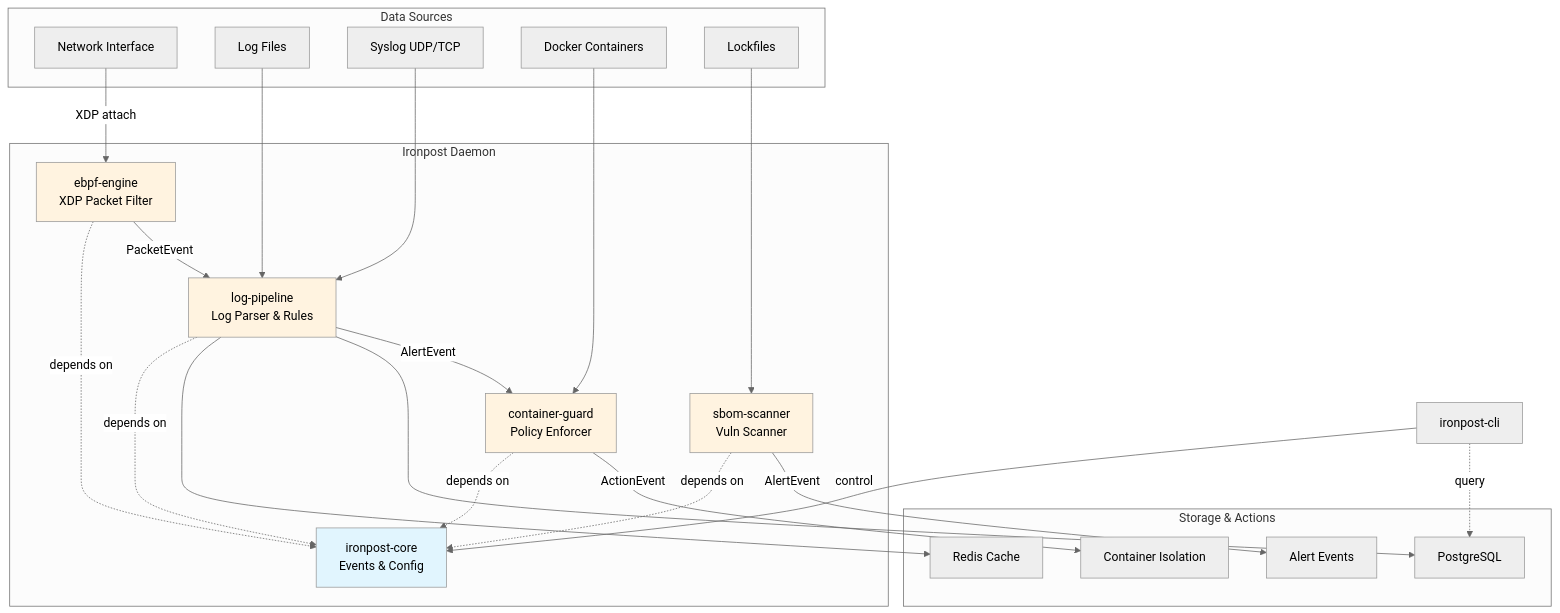
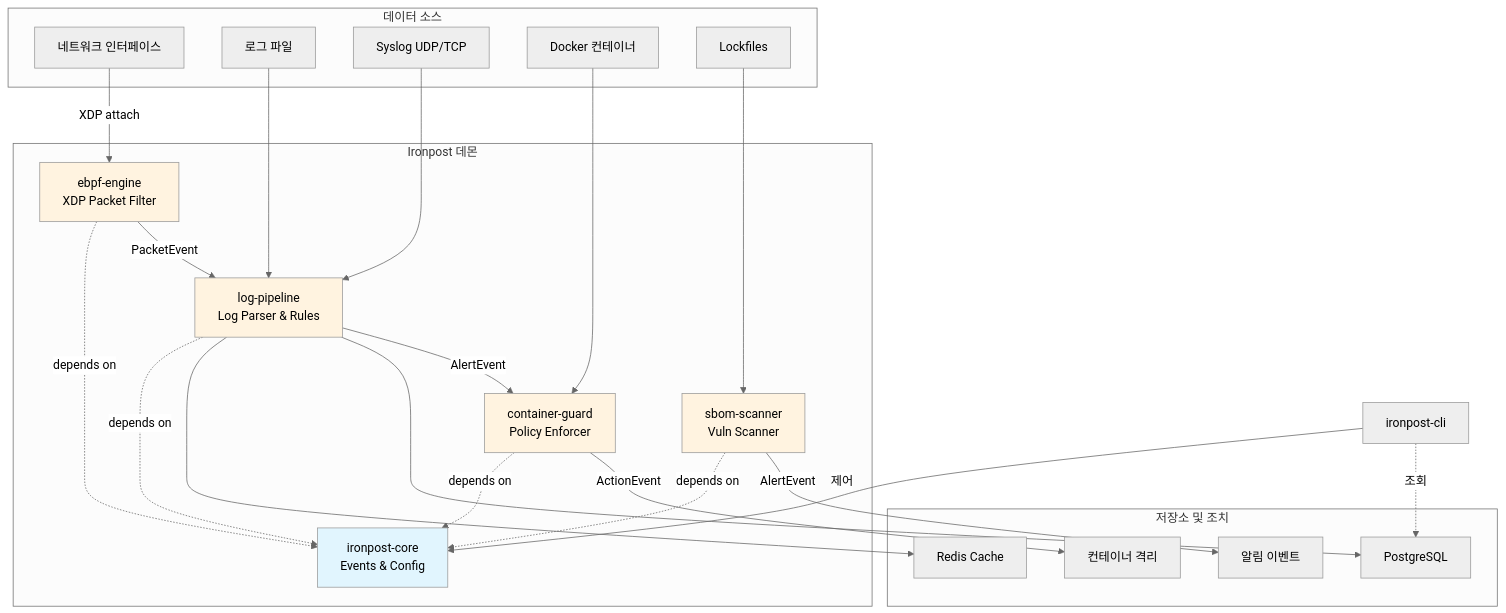
The diagram in README.md (dongwonkwak/ironpost), drawn with Mermaid (neutral theme) before and after one commit. The commit also changed other lines of this file and 1 other file, not shown here.

Commit message:
docs: Update Korean translations in README and plugin architecture documentation (#15)

````diff
--- a/README.md
+++ b/README.md
@@ -17,52 +17,52 @@
 ```mermaid
 flowchart TB
-    subgraph "Data Sources"
-        A1[Network Interface]
-        A2[Log Files]
+    subgraph "데이터 소스"
+        A1[네트워크 인터페이스]
+        A2[로그 파일]
         A3[Syslog UDP/TCP]
-        A4[Docker Containers]
+        A4[Docker 컨테이너]
         A5[Lockfiles]
     end
 
-    subgraph "Ironpost Daemon"
+    subgraph "Ironpost 데몬"
         B1[ebpf-engine<br/>XDP Packet Filter]
         B2[log-pipeline<br/>Log Parser & Rules]
         B3[container-guard<br/>Policy Enforcer]
         B4[sbom-scanner<br/>Vuln Scanner]
         CORE[ironpost-core<br/>Events & Config]
     end
 
-    subgraph "Storage & Actions"
+    subgraph "저장소 및 조치"
         C1[PostgreSQL]
         C2[Redis Cache]
-        C3[Container Isolation]
-        C4[Alert Events]
+        C3[컨테이너 격리]
+        C4[알림 이벤트]
     end
 
     A1 -->|XDP attach| B1
     A2 --> B2
     A3 --> B2
     A4 --> B3
     A5 --> B4
 
     B1 -->|PacketEvent| B2
     B2 -->|AlertEvent| B3
     B2 --> C1
     B2 --> C2
     B3 -->|ActionEvent| C3
     B4 -->|AlertEvent| C4
 
     B1 -.depends on.-> CORE
     B2 -.depends on.-> CORE
     B3 -.depends on.-> CORE
     B4 -.depends on.-> CORE
 
-    CLI[ironpost-cli] -->|control| CORE
-    CLI -.query.-> C1
+    CLI[ironpost-cli] -->|제어| CORE
+    CLI -.조회.-> C1
 
     style CORE fill:#e1f5fe
     style B1 fill:#fff3e0
     style B2 fill:#fff3e0
     style B3 fill:#fff3e0
     style B4 fill:#fff3e0
 ```
````
